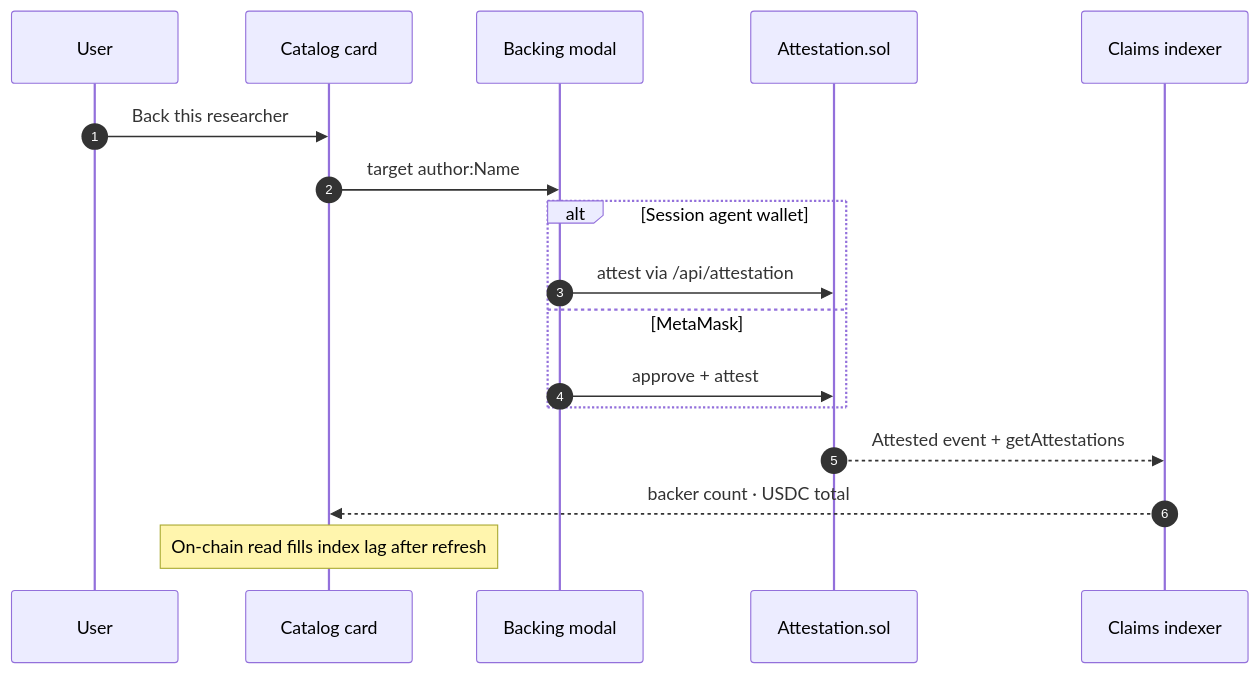
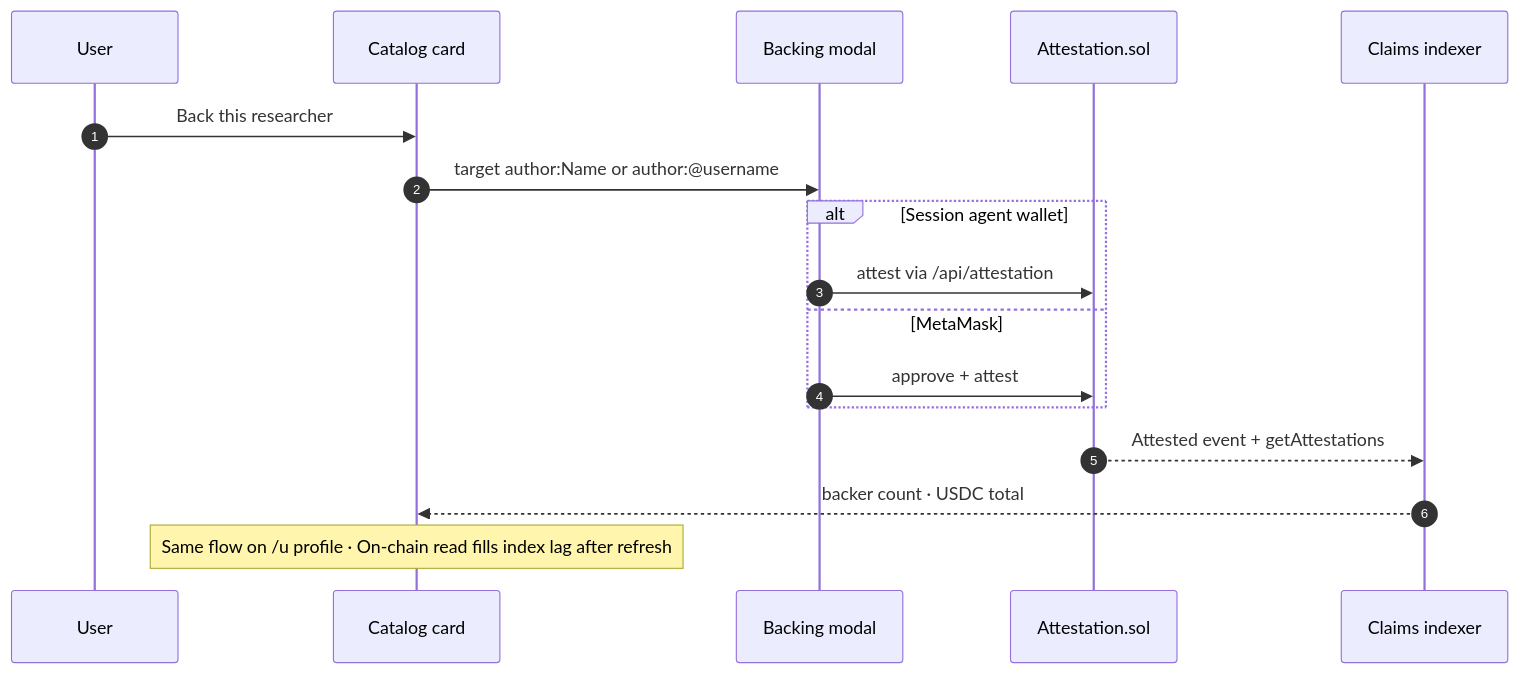
The ninth of 9 diagrams in README.md (rudazy/citation-agent), drawn with Mermaid before and after one commit. The commit also changed other lines of this file and 47 other files, not shown here.

````diff
--- a/README.md
+++ b/README.md
@@ -199,20 +289,20 @@
 ```mermaid
 sequenceDiagram
   autonumber
   participant User
   participant Card as Catalog card
   participant Modal as Backing modal
   participant Chain as Attestation.sol
   participant Index as Claims indexer
 
   User->>Card: Back this researcher
-  Card->>Modal: target author:Name
+  Card->>Modal: target author:Name or author:@username
   alt Session agent wallet
     Modal->>Chain: attest via /api/attestation
   else MetaMask
     Modal->>Chain: approve + attest
   end
   Chain-->>Index: Attested event + getAttestations
   Index-->>Card: backer count · USDC total
-  Note over Card: On-chain read fills index lag after refresh
+  Note over Card: Same flow on /u profile · On-chain read fills index lag after refresh
 ```
````
